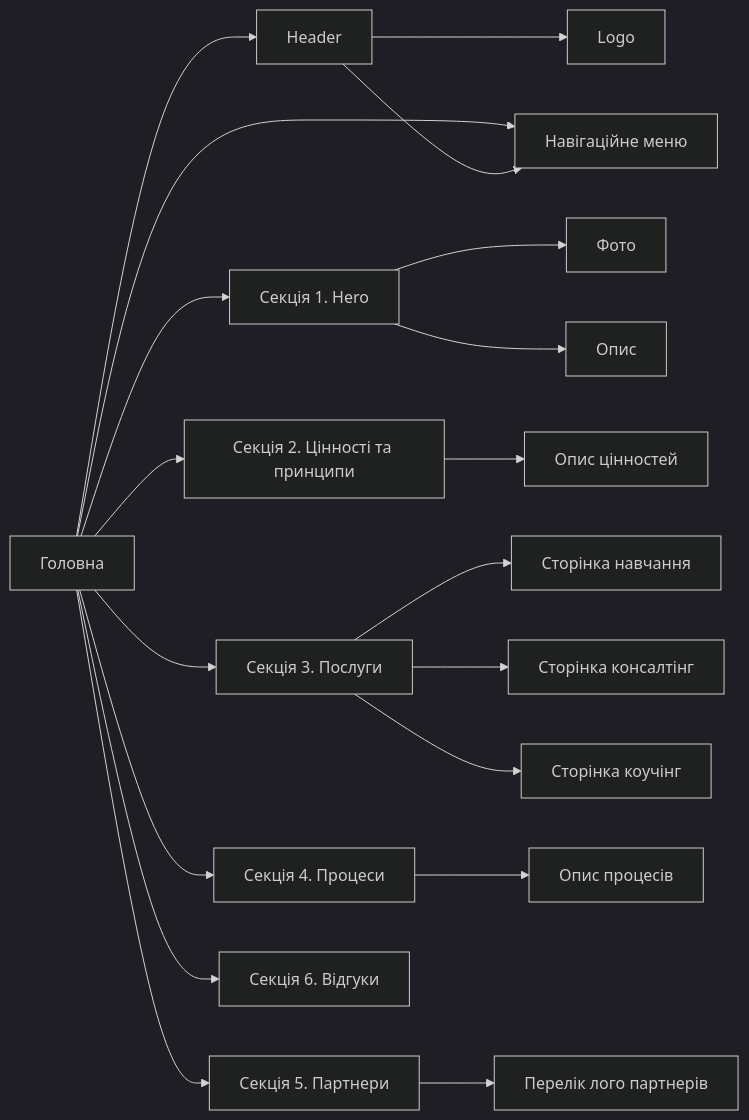
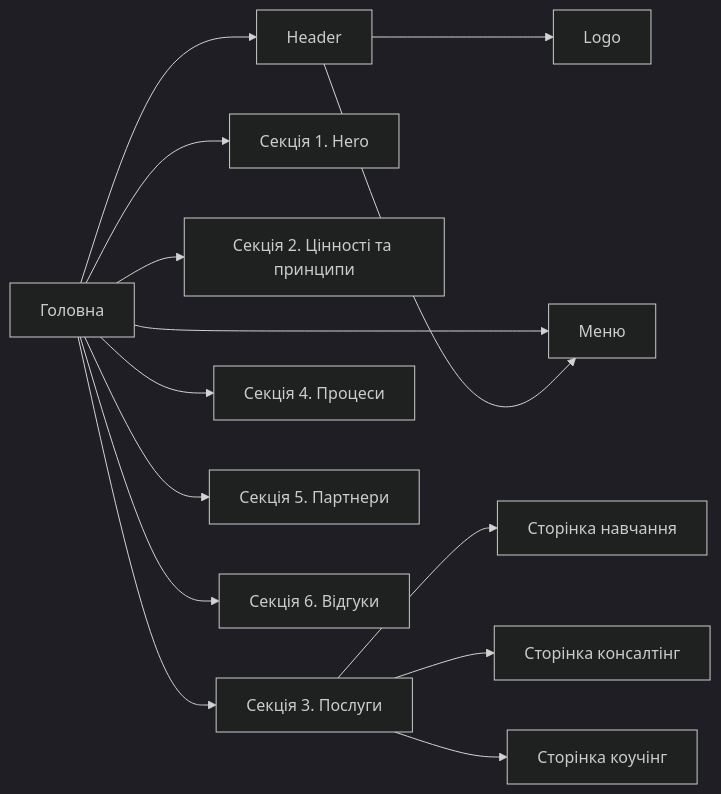
Before and after one commit to sergio-nezhigay/carptravel: the diagram in README.md, drawn with Mermaid (dark theme).

````diff
--- a/README.md
+++ b/README.md
@@ -57,22 +57,18 @@
 ```mermaid
 graph LR
   A[Головна] --> B[Header]
   A --> C[Секція 1. Hero]
   A --> D[Секція 2. Цінності та принципи]
   A --> E[Секція 3. Послуги]
   A --> F[Секція 4. Процеси]
   A --> G[Секція 5. Партнери]
   A --> H[Секція 6. Відгуки]
   A --> I[Секція 5. Партнери]
   B --> J[Logo]
-  B --> I[Навігаційне меню]
-  C --> K[Фото]
-  C --> L[Опис]
-  D --> M[Опис цінностей]
+  B --> I[Меню]
   E --> N[Сторінка навчання]
   E --> O[Сторінка консалтінг]
 	E --> P[Сторінка коучінг]
-  F --> R[Опис процесів]
-  G --> S[Перелік лого партнерів]
+
 
 ```
````
